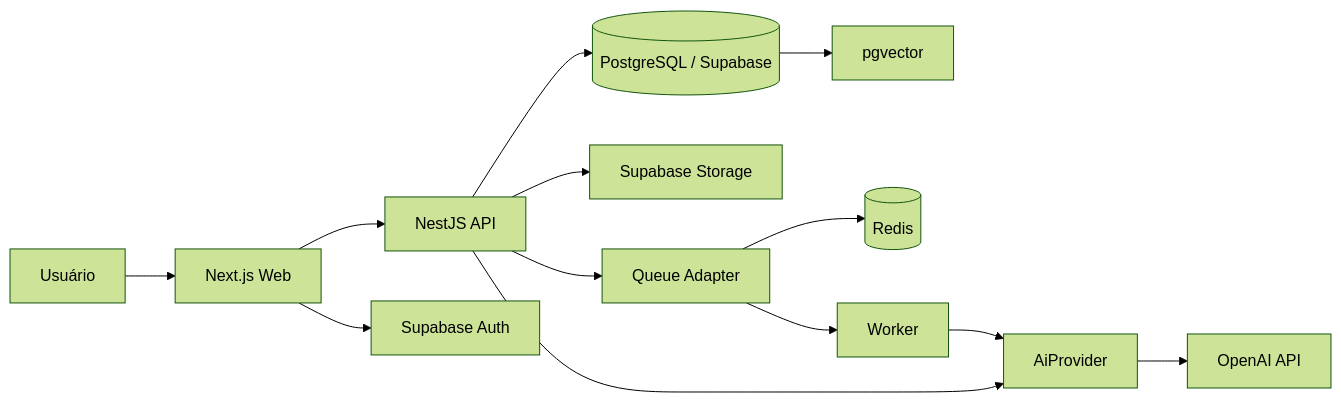
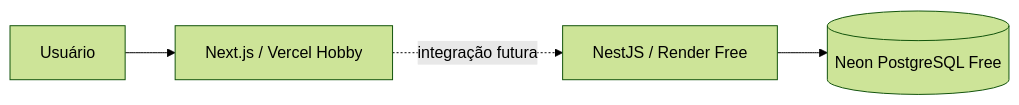
The diagram in docs/ARCHITECTURE.md (guilhermehcaguiar/orbit), drawn with Mermaid (forest theme) before and after one commit. The commit also changed other lines of this file and 17 other files, not shown here.

Commit message:
chore(infra): preparar o Orbit para Vercel, Render e Neon

````diff
--- a/docs/ARCHITECTURE.md
+++ b/docs/ARCHITECTURE.md
@@ -75,15 +64,6 @@
 ```mermaid
 flowchart LR
-  U[Usuário] --> W[Next.js Web]
-  W --> A[NestJS API]
-  W --> SA[Supabase Auth]
-  A --> DB[(PostgreSQL / Supabase)]
-  A --> ST[Supabase Storage]
-  A --> Q[Queue Adapter]
-  Q --> R[(Redis)]
-  Q --> WK[Worker]
-  A --> AI[AiProvider]
-  AI --> OA[OpenAI API]
-  WK --> AI
-  DB --> V[pgvector]
+  U[Usuário] --> W[Next.js / Vercel Hobby]
+  W -. integração futura .-> A[NestJS / Render Free]
+  A --> DB[(Neon PostgreSQL Free)]
 ```
````
